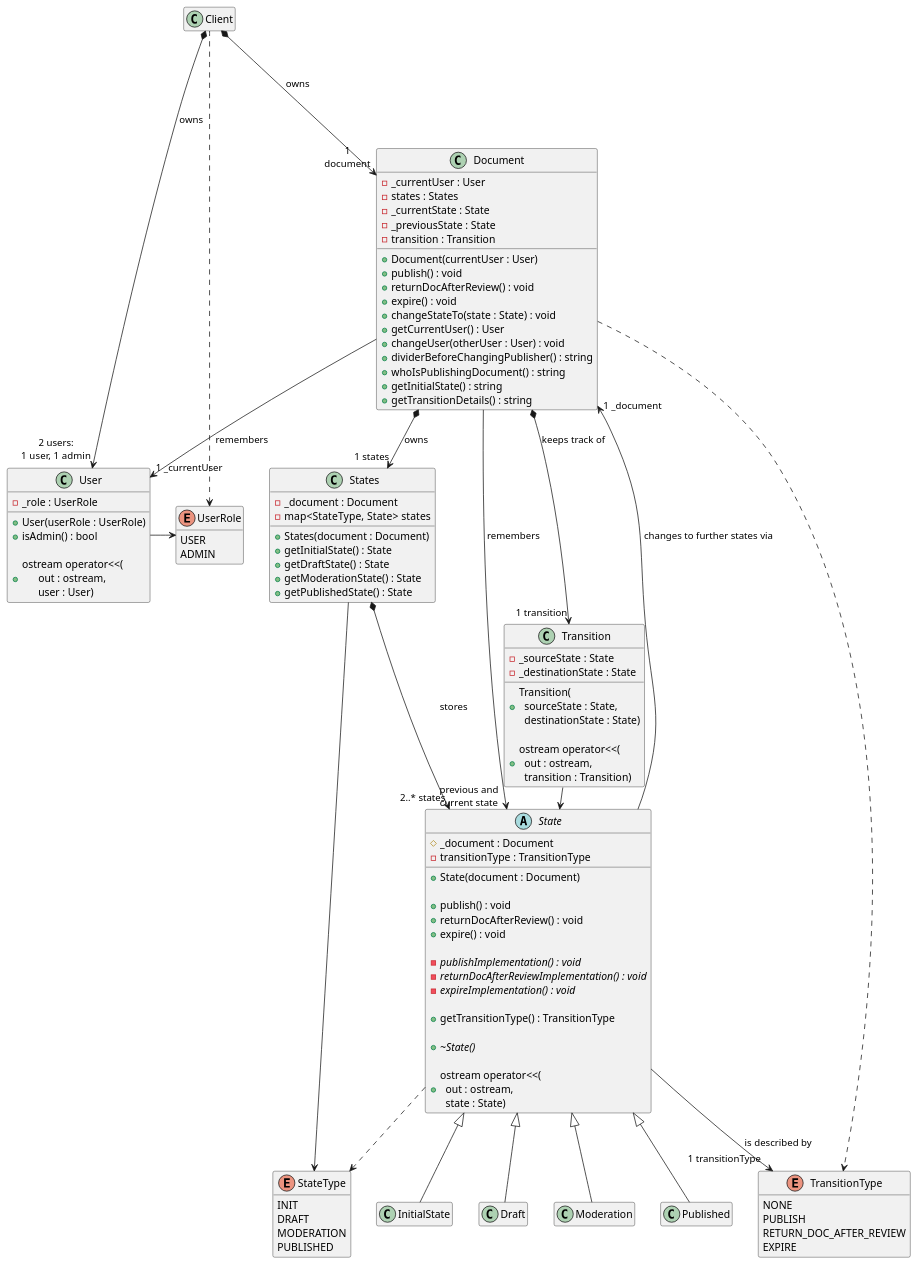
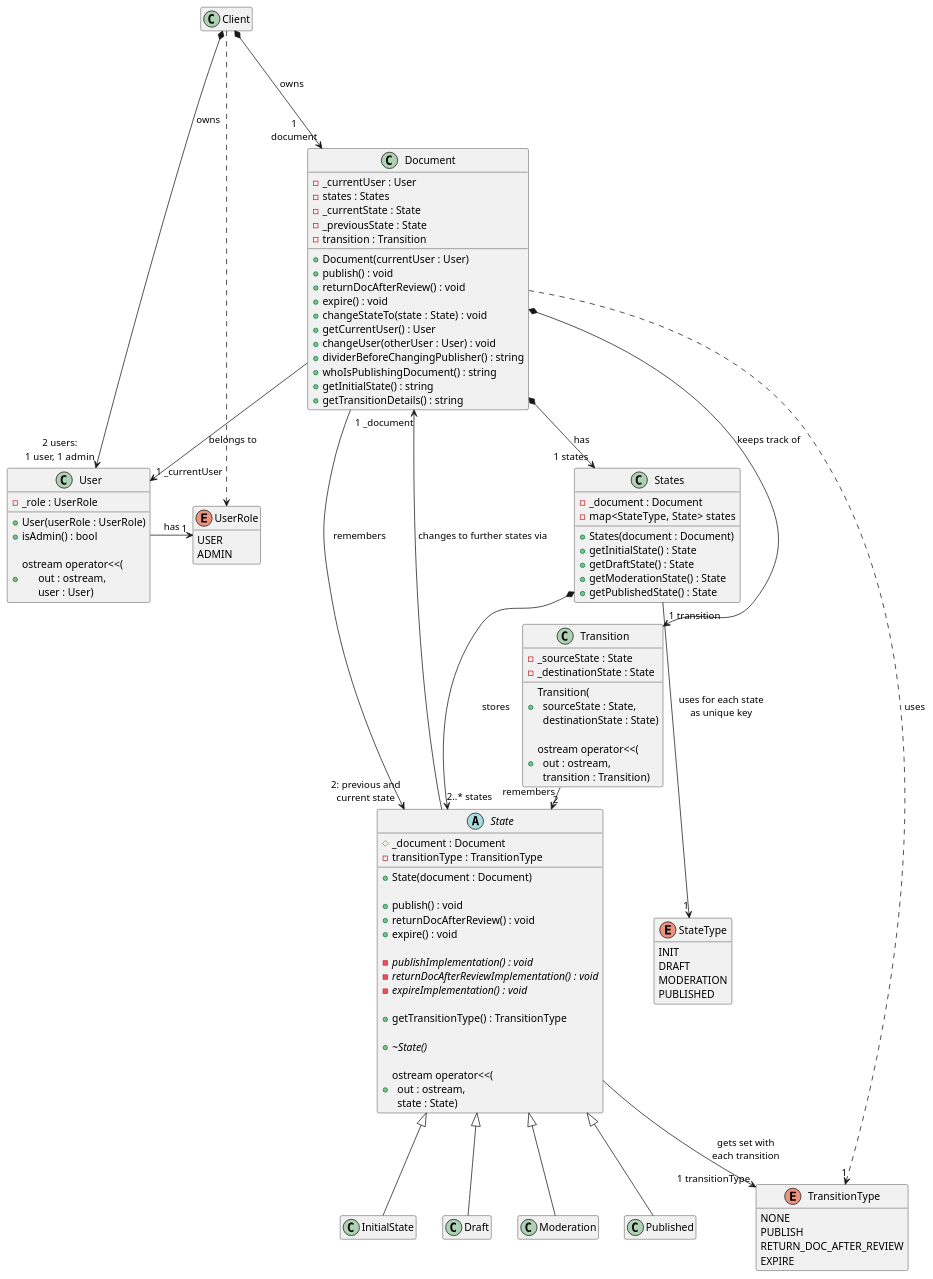
Before and after one commit to kyberdrb/CLionProjects: the diagram in state_design_pattern/documentAsStateDesignPatternProduction/state_design_pattern-class_diagram.puml, drawn with PlantUML.

Commit message:
State design pattern: v3 - Precreated states: finalize UML class diagram

```diff
--- a/state_design_pattern/documentAsStateDesignPatternProduction/state_design_pattern-class_diagram.puml
+++ b/state_design_pattern/documentAsStateDesignPatternProduction/state_design_pattern-class_diagram.puml
@@ -1,153 +1,152 @@
 @startuml
 'https://plantuml.com/class-diagram
 
 class Client
 hide Client members
 
 Client *---> "1\ndocument" Document : owns
 Client *--> "2 users:\n1 user, 1 admin" User : owns
 Client .> UserRole
 
 class Document {
     + Document(currentUser : User)
     + publish() : void
     + returnDocAfterReview() : void
     + expire() : void
     + changeStateTo(state : State) : void
     + getCurrentUser() : User
     + changeUser(otherUser : User) : void
     + dividerBeforeChangingPublisher() : string
     + whoIsPublishingDocument() : string
     + getInitialState() : string
     + getTransitionDetails() : string
 
     - _currentUser : User
     - states : States
     - _currentState : State
     - _previousState : State
     - transition : Transition
 }
 
-Document --> "previous and\ncurrent state" State : remembers
-Document --> "1 _currentUser" User : remembers
+Document --> "2: previous and\ncurrent state" State : remembers
+Document --> "1 _currentUser" User : belongs to
 Document *--> "1 transition" Transition : keeps track of
-Document ..> TransitionType
-Document *--> "1 states" States : owns
+Document ..> "1" TransitionType : uses
+Document *--> "1 states" States : has
 
 enum StateType {
     INIT
     DRAFT
     MODERATION
     PUBLISHED
 }
 
 hide StateType methods
 
 class States {
     + States(document : Document)
     + getInitialState() : State
     + getDraftState() : State
     + getModerationState() : State
     + getPublishedState() : State
 
     - _document : Document
     - map<StateType, State>  states
 }
 
-States --> StateType
+States --> "1" StateType : uses for each state\nas unique key
 States *--> "2..* states" State : stores
 
 /'States *--> InitialState
 States *--> Draft
 States *--> Moderation
 States *--> Published'/
 
 abstract class State {
     + State(document : Document)
 
     + publish() : void
     + returnDocAfterReview() : void
     + expire() : void
 
   - {abstract} publishImplementation() : void
   - {abstract} returnDocAfterReviewImplementation() : void
   - {abstract} expireImplementation() : void
 
   + getTransitionType() : TransitionType
 
   + {abstract} ~State()
 
   + ostream operator<<(\n\
   out : ostream,\n\
   state : State)
 
     # _document : Document
     - transitionType : TransitionType
 }
 
 State --> "1 _document" Document : changes to further states via
-State --> "1 transitionType" TransitionType : is described by
-State ..> StateType
+State --> "1 transitionType" TransitionType : gets set with\neach transition
 
 State <|-- InitialState
 State <|-- Draft
 State <|-- Moderation
 State <|-- Published
 
 class InitialState
 hide InitialState members
 
 class Draft
 hide Draft members
 
 class Moderation
 hide Moderation members
 
 class Published
 hide Published members
 
 class Transition {
     + Transition(\n\
   sourceState : State,\n\
   destinationState : State)
 
     + ostream operator<<(\n\
   out : ostream,\n\
   transition : Transition)
 
     - _sourceState : State
     - _destinationState : State
 }
 
-Transition -> State
+Transition -> "2" State : remembers
 
 enum TransitionType {
     NONE
     PUBLISH
     RETURN_DOC_AFTER_REVIEW
     EXPIRE
 }
 
 hide TransitionType methods
 
 class User {
     + User(userRole : UserRole)
     + isAdmin() : bool
 
     + ostream operator<<(\n\
       out : ostream,\n\
       user : User)
 
     - _role : UserRole
 }
 
-User -> UserRole
+User -> "1" UserRole : has
 
 enum UserRole {
     USER
     ADMIN
 }
 
 hide UserRole methods
 
 @enduml
```
